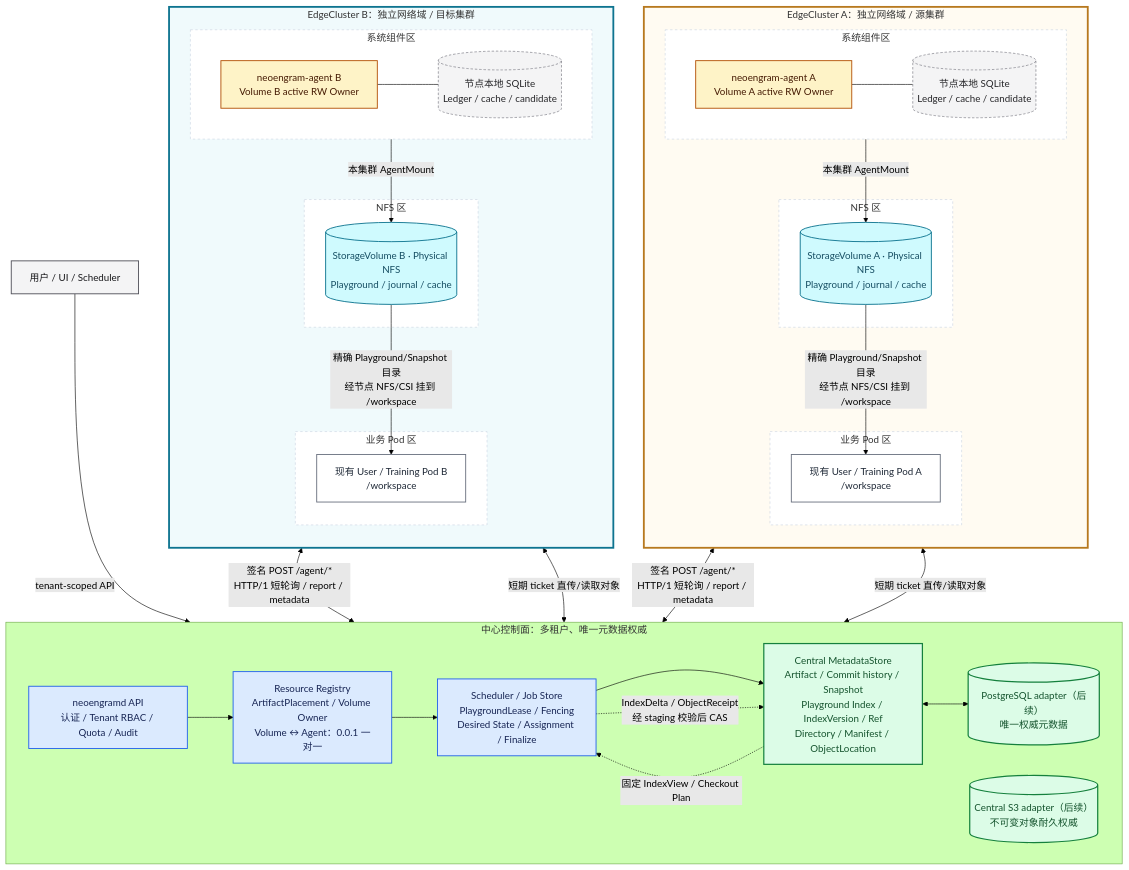
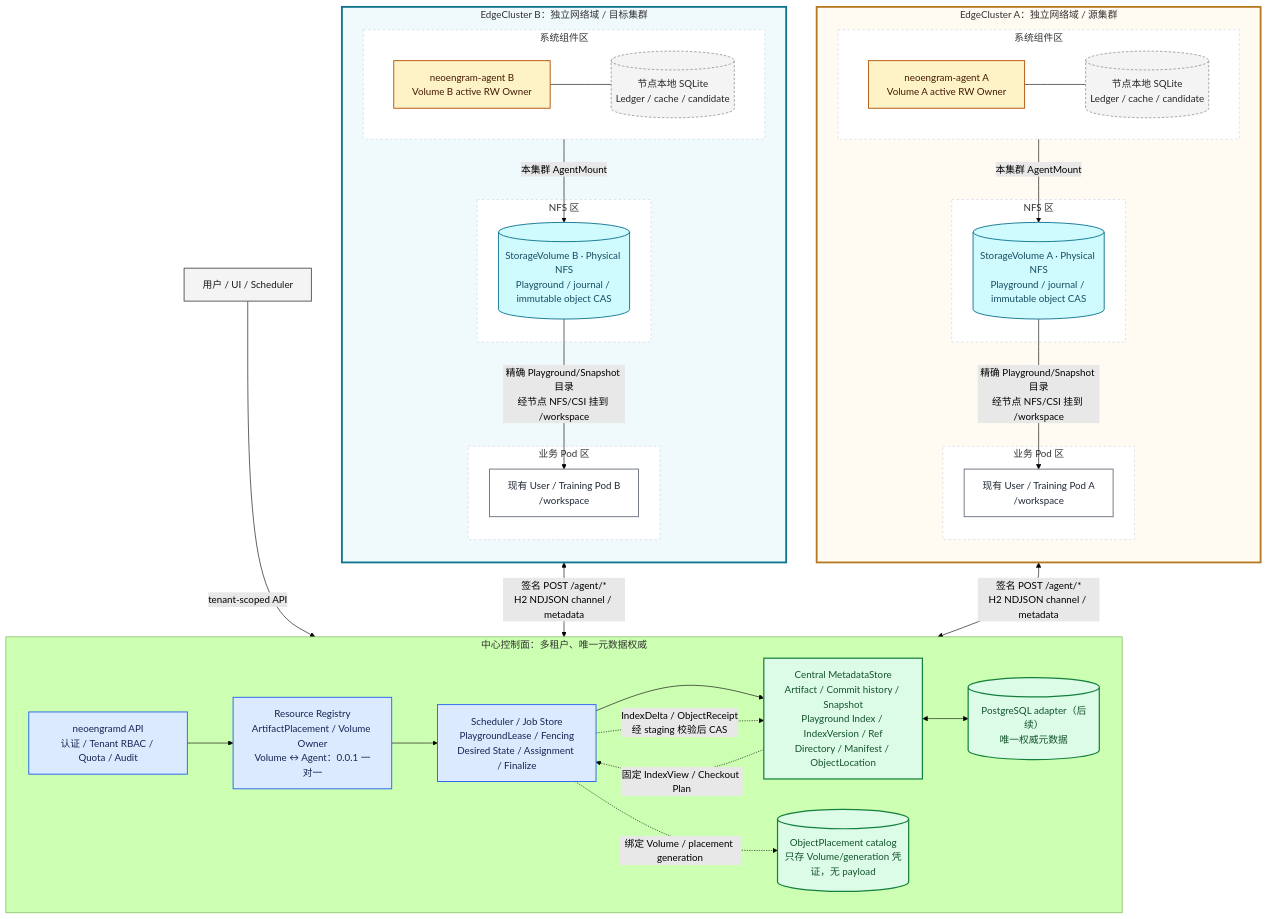
One commit to kwsc98/neoengram changed the diagram in docs/agent-central-control.md. Above: the diagram before and after it, drawn with Mermaid (forest theme). The commit also changed other lines of this file and 202 other files, not shown here.

```diff
--- a/docs/agent-central-control.md
+++ b/docs/agent-central-control.md
@@ -325,7 +327,7 @@
         JOBS["Scheduler / Job Store<br/>PlaygroundLease / Fencing<br/>Desired State / Assignment / Finalize"]
         META["Central MetadataStore<br/>Artifact / Commit history / Snapshot<br/>Playground Index / IndexVersion / Ref<br/>Directory / Manifest / ObjectLocation"]
         PG[("PostgreSQL adapter（后续）<br/>唯一权威元数据")]
-        S3[("Central S3 adapter（后续）<br/>不可变对象耐久权威")]
+        PLACEMENTS[("ObjectPlacement catalog<br/>只存 Volume/generation 凭证，无 payload")]
 
         API --> REGISTRY --> JOBS
         JOBS --> META
@@ -341,7 +343,7 @@
             AGENT_A --- LOCAL_A
         end
         subgraph NFS_ZONE_A["NFS 区"]
-            NFS_A[("StorageVolume A · Physical NFS<br/>Playground / journal / cache")]
+            NFS_A[("StorageVolume A · Physical NFS<br/>Playground / journal / immutable object CAS")]
         end
         subgraph BIZ_A["业务 Pod 区"]
             POD_A["现有 User / Training Pod A<br/>/workspace"]
@@ -359,7 +361,7 @@
             AGENT_B --- LOCAL_B
         end
         subgraph NFS_ZONE_B["NFS 区"]
-            NFS_B[("StorageVolume B · Physical NFS<br/>Playground / journal / cache")]
+            NFS_B[("StorageVolume B · Physical NFS<br/>Playground / journal / immutable object CAS")]
         end
         subgraph BIZ_B["业务 Pod 区"]
             POD_B["现有 User / Training Pod B<br/>/workspace"]
@@ -370,13 +372,11 @@
 
     USER -->|"tenant-scoped API"| API
 
-    AGENT_A <-->|"签名 POST /agent/*<br/>HTTP/1 短轮询 / report / metadata"| JOBS
-    AGENT_B <-->|"签名 POST /agent/*<br/>HTTP/1 短轮询 / report / metadata"| JOBS
-    AGENT_A <-->|"短期 ticket 直传/读取对象"| S3
-    AGENT_B <-->|"短期 ticket 直传/读取对象"| S3
-
+    AGENT_A <-->|"签名 POST /agent/*<br/>H2 NDJSON channel / metadata"| JOBS
+    AGENT_B <-->|"签名 POST /agent/*<br/>H2 NDJSON channel / metadata"| JOBS
     META -.->|"固定 IndexView / Checkout Plan"| JOBS
     JOBS -.->|"IndexDelta / ObjectReceipt<br/>经 staging 校验后 CAS"| META
+    JOBS -.->|"绑定 Volume / placement generation"| PLACEMENTS
 
     classDef entry fill:#f4f4f5,stroke:#52525b,color:#18181b,stroke-width:1.5px;
     classDef control fill:#dbeafe,stroke:#2563eb,color:#172554,stroke-width:1.5px;
@@ -388,7 +388,7 @@
 
     class USER entry;
     class API,REGISTRY,JOBS control;
-    class META,PG,S3 authority;
+    class META,PG,PLACEMENTS authority;
     class AGENT_A,AGENT_B agent;
     class POD_A,POD_B workload;
     class LOCAL_A,LOCAL_B local;
```
